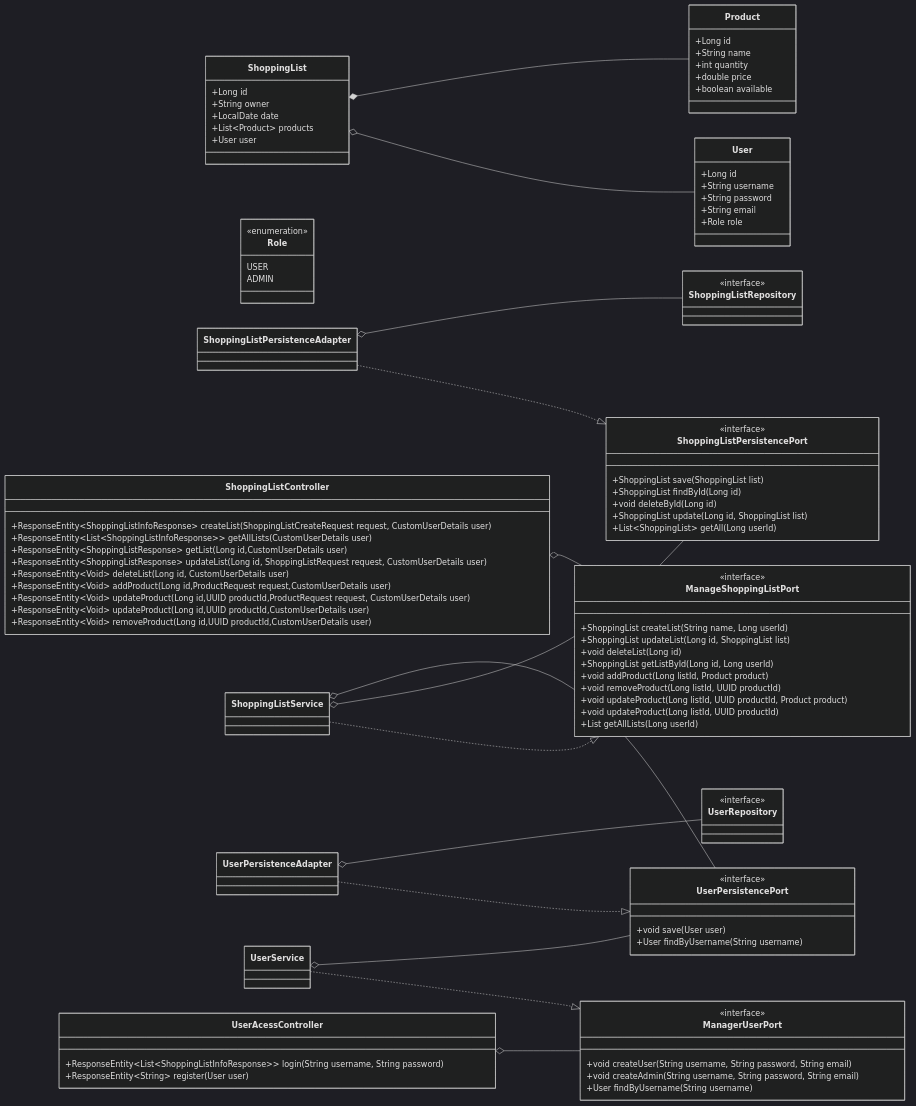
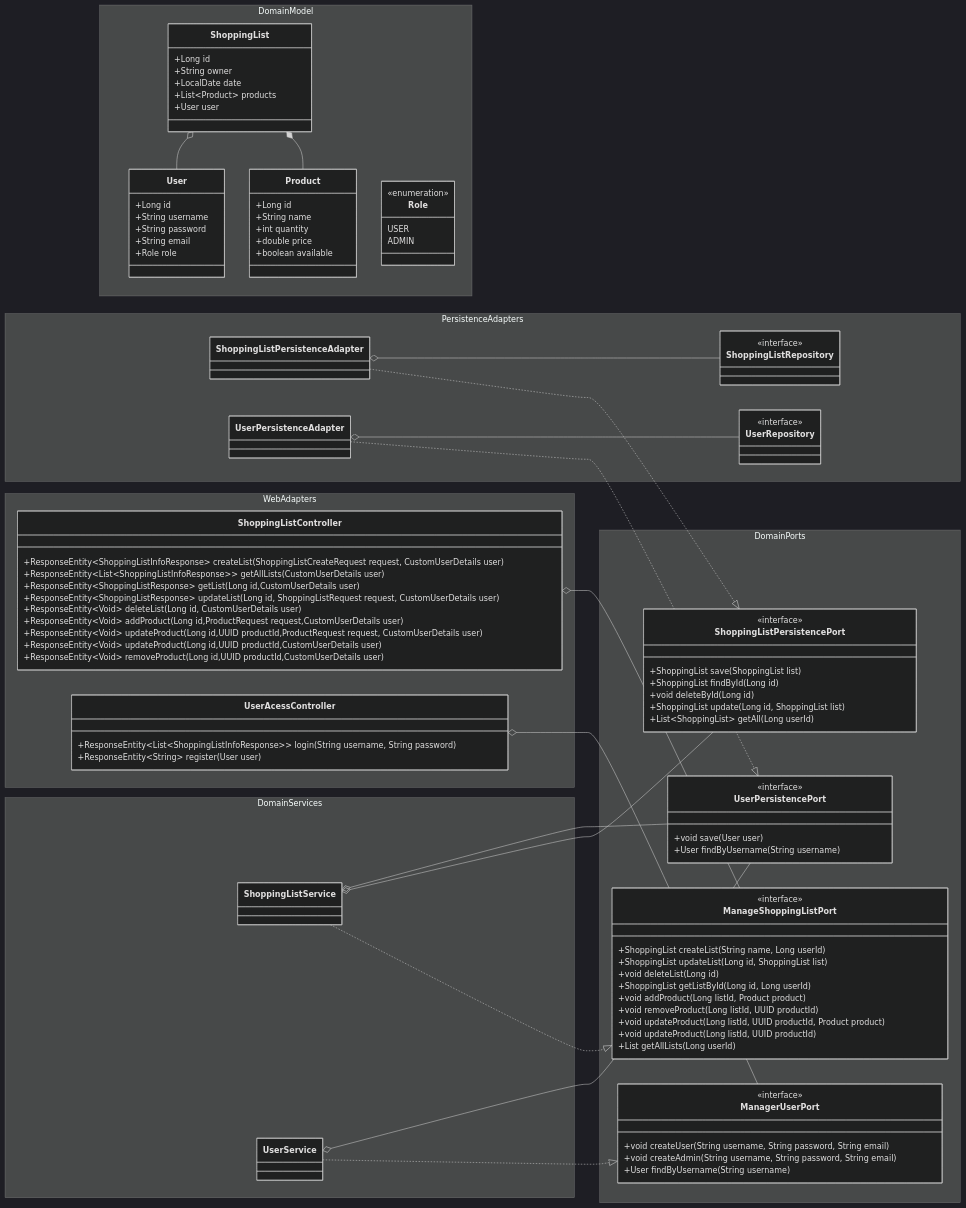
Before and after one commit to Drufontael/CartMateHex: the diagram in Readme.md, drawn with Mermaid (dark theme).

Commit message:
:books: doc: Includes Class Diagram and Package Structure

```diff
--- a/Readme.md
+++ b/Readme.md
@@ -41,120 +41,140 @@
 classDiagram
    direction LR
 
-%% Domain Model
-   class ShoppingList {
-      +Long id
-      +String owner
-      +LocalDate date
-      +List~Product~ products
-      +User user
-   }
 
-   class Product {
-      +Long id
-      +String name
-      +int quantity
-      +double price
-      +boolean available
-   }
+   namespace Domain Model{
+      class ShoppingList {
+         +Long id
+         +String owner
+         +LocalDate date
+         +List~Product~ products
+         +User user
+      }
 
-   class User {
-      +Long id
-      +String username
-      +String password
-      +String email
-      +Role role
-   }
+      class Product {
+         +Long id
+         +String name
+         +int quantity
+         +double price
+         +boolean available
+      }
 
-   class Role {
-      <<enumeration>>
-      USER
-      ADMIN
-   }
+      class User {
+         +Long id
+         +String username
+         +String password
+         +String email
+         +Role role
+      }
+
+      class Role {
+         <<enumeration>>
+         USER
+         ADMIN
+      }     
+   
+   } 
+   
 
 
 
 %% Ports
-   class ManageShoppingListPort {
-      <<interface>>
-      +ShoppingList createList(String name, Long userId)
-      +ShoppingList updateList(Long id, ShoppingList list)
-      +void deleteList(Long id)
-      +ShoppingList getListById(Long id, Long userId)
-      +void addProduct(Long listId, Product product)
-      +void removeProduct(Long listId, UUID productId)
-      +void updateProduct(Long listId, UUID productId, Product product)
-      +void updateProduct(Long listId, UUID productId)
-      +List<ShoppingList> getAllLists(Long userId)
-   }
+   namespace DomainPorts {
+      class ManageShoppingListPort {
+         <<interface>>
+         +ShoppingList createList(String name, Long userId)
+         +ShoppingList updateList(Long id, ShoppingList list)
+         +void deleteList(Long id)
+         +ShoppingList getListById(Long id, Long userId)
+         +void addProduct(Long listId, Product product)
+         +void removeProduct(Long listId, UUID productId)
+         +void updateProduct(Long listId, UUID productId, Product product)
+         +void updateProduct(Long listId, UUID productId)
+         +List<ShoppingList> getAllLists(Long userId)
+      }
 
 
-   class ManagerUserPort {
-      <<interface>>
-      +void createUser(String username, String password, String email)
-      +void createAdmin(String username, String password, String email)
-      +User findByUsername(String username)
-   }
+      class ManagerUserPort {
+         <<interface>>
+         +void createUser(String username, String password, String email)
+         +void createAdmin(String username, String password, String email)
+         +User findByUsername(String username)
+      }
 
-   class ShoppingListPersistencePort {
-      <<interface>>
-      +ShoppingList save(ShoppingList list)
-      +ShoppingList findById(Long id)
-      +void deleteById(Long id)
-      +ShoppingList update(Long id, ShoppingList list)
-      +List~ShoppingList~ getAll(Long userId)
-   }
+      class ShoppingListPersistencePort {
+         <<interface>>
+         +ShoppingList save(ShoppingList list)
+         +ShoppingList findById(Long id)
+         +void deleteById(Long id)
+         +ShoppingList update(Long id, ShoppingList list)
+         +List~ShoppingList~ getAll(Long userId)
+      }
 
-   class UserPersistencePort {
-      <<interface>>
-      +void save(User user)
-      +User findByUsername(String username)
-   }
+      class UserPersistencePort {
+         <<interface>>
+         +void save(User user)
+         +User findByUsername(String username)
+      }
+       
+   } 
+   
 
 %% Adapters - Persistence
+   namespace PersistenceAdapters {
+      class ShoppingListPersistenceAdapter{
 
-    class ShoppingListPersistenceAdapter{
-        
-    }
+      }
+
+      class ShoppingListRepository {
+         <<interface>>
+      }
+
+      class UserPersistenceAdapter {
+
+      }
+
+      class UserRepository {
+         <<interface>>
+      }
+       
+   } 
+
     
-   class ShoppingListRepository {
-      <<interface>>
-   }
-   
-   class UserPersistenceAdapter {
-       
-   }
-
-   class UserRepository {
-      <<interface>>
-   }
 
 %% Adapters - Web
-   class ShoppingListController {
-        +ResponseEntity~ShoppingListInfoResponse~ createList(ShoppingListCreateRequest request, CustomUserDetails user)
-        +ResponseEntity~List~ShoppingListInfoResponse~~ getAllLists(CustomUserDetails user)
-        +ResponseEntity~ShoppingListResponse~ getList(Long id,CustomUserDetails user)
-        +ResponseEntity~ShoppingListResponse~ updateList(Long id, ShoppingListRequest request, CustomUserDetails user)
-        +ResponseEntity~Void~ deleteList(Long id, CustomUserDetails user)
-        +ResponseEntity~Void~ addProduct(Long id,ProductRequest request,CustomUserDetails user)
-        +ResponseEntity~Void~ updateProduct( Long id,UUID productId,ProductRequest request, CustomUserDetails user)
-        +ResponseEntity~Void~ updateProduct(Long id,UUID productId,CustomUserDetails user)
-        +ResponseEntity~Void~ removeProduct(Long id,UUID productId,CustomUserDetails user)
-   }
+   namespace WebAdapters {
+      class ShoppingListController {
+         +ResponseEntity~ShoppingListInfoResponse~ createList(ShoppingListCreateRequest request, CustomUserDetails user)
+         +ResponseEntity~List~ShoppingListInfoResponse~~ getAllLists(CustomUserDetails user)
+         +ResponseEntity~ShoppingListResponse~ getList(Long id,CustomUserDetails user)
+         +ResponseEntity~ShoppingListResponse~ updateList(Long id, ShoppingListRequest request, CustomUserDetails user)
+         +ResponseEntity~Void~ deleteList(Long id, CustomUserDetails user)
+         +ResponseEntity~Void~ addProduct(Long id,ProductRequest request,CustomUserDetails user)
+         +ResponseEntity~Void~ updateProduct( Long id,UUID productId,ProductRequest request, CustomUserDetails user)
+         +ResponseEntity~Void~ updateProduct(Long id,UUID productId,CustomUserDetails user)
+         +ResponseEntity~Void~ removeProduct(Long id,UUID productId,CustomUserDetails user)
+      }
 
-   class UserAcessController {
-      +ResponseEntity~List~ShoppingListInfoResponse~~ login(String username, String password)
-      +ResponseEntity~String~ register(User user)
-   }
+      class UserAcessController {
+         +ResponseEntity~List~ShoppingListInfoResponse~~ login(String username, String password)
+         +ResponseEntity~String~ register(User user)
+      }
+       
+   } 
+   
 
 %% Services
-   class ShoppingListService {
+   namespace DomainServices {
+      class ShoppingListService {
 
-   }
+      }
 
-   class UserService {
+      class UserService {
 
-   }   
+      }
+
+   } 
+   
 
 %% Relationships
    ShoppingList o-- User
```
